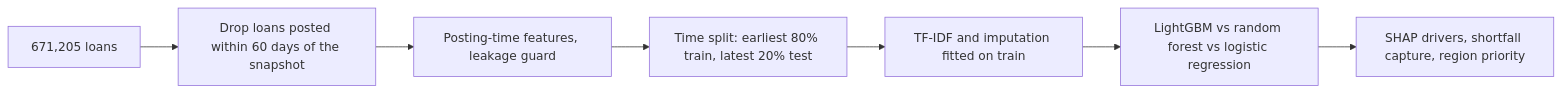
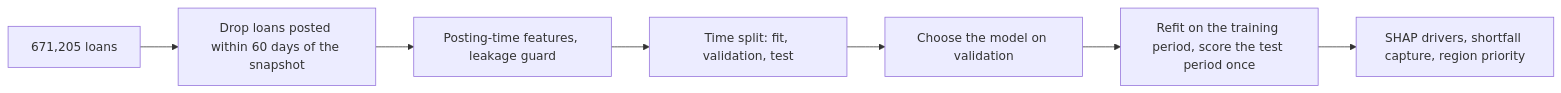
One commit to alvenyuka/Kiva-Loans-Microfinance-Analytics changed the diagram in README.md. Above: the diagram before and after it, drawn with Mermaid. The commit also changed other lines of this file and 7 other files, not shown here.

````diff
--- a/README.md
+++ b/README.md
@@ -53,9 +56,9 @@
 ```mermaid
 flowchart LR
     A[671,205 loans] --> B[Drop loans posted within 60 days of the snapshot]
     B --> C[Posting-time features, leakage guard]
-    C --> D[Time split: earliest 80% train, latest 20% test]
-    D --> E[TF-IDF and imputation fitted on train]
-    E --> F[LightGBM vs random forest vs logistic regression]
+    C --> D[Time split: fit, validation, test]
+    D --> E[Choose the model on validation]
+    E --> F[Refit on the training period, score the test period once]
     F --> G[SHAP drivers, shortfall capture, region priority]
 ```
````
